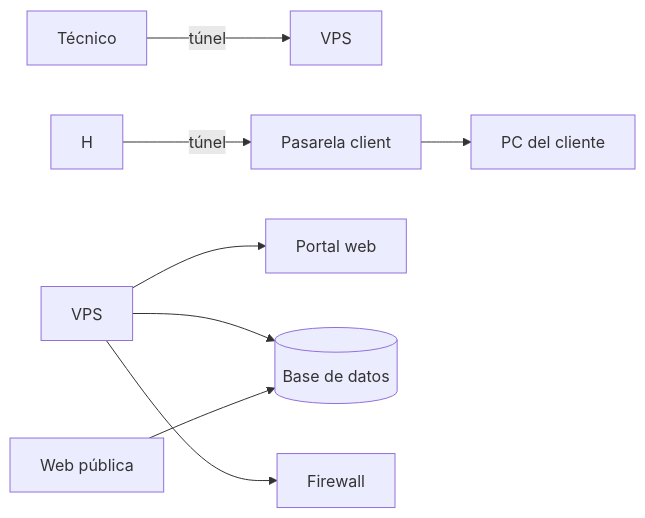
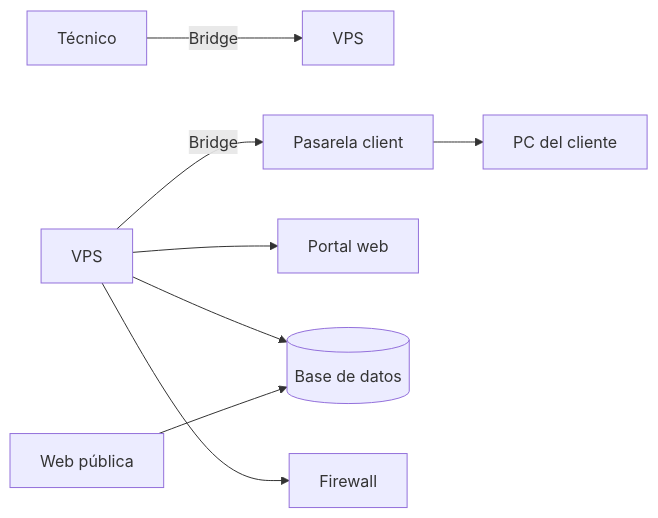
Before and after one commit to Afix-MAB/RBridge: the second of 2 diagrams in esborrany.md, drawn with Mermaid.

Commit message:
Modding Graph

````diff
--- a/esborrany.md
+++ b/esborrany.md
@@ -48,12 +48,12 @@
 ```mermaid
 flowchart LR
-    T[Técnico] -->|túnel| V[VPS]
-    H -->|túnel| P[Pasarela client]
+    T[Técnico] -->|Bridge| V[VPS]
+    VPS -->|Bridge| P[Pasarela client]
     P --> PC[PC del cliente]
 
     VPS --> Portal[Portal web]
     VPS --> DB[(Base de datos)]
     VPS --> FW[Firewall]
 
     WPub[Web pública] --> DB
 ```
````
